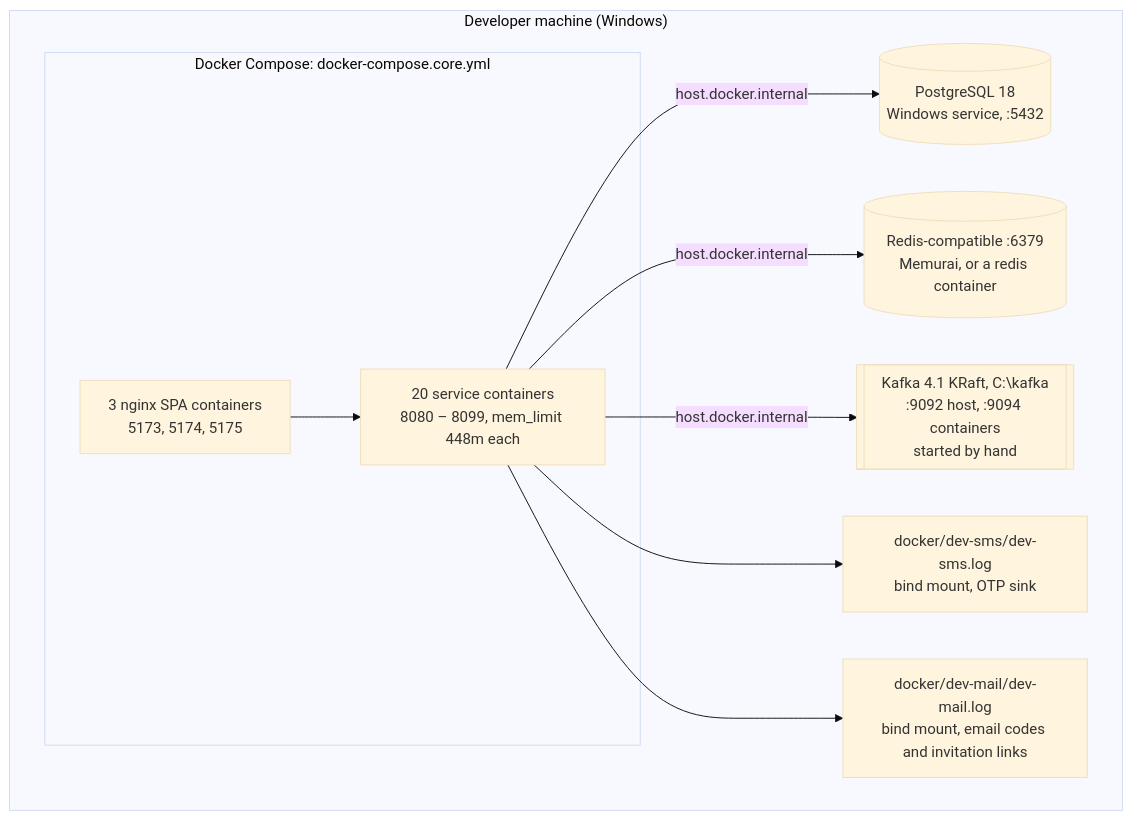
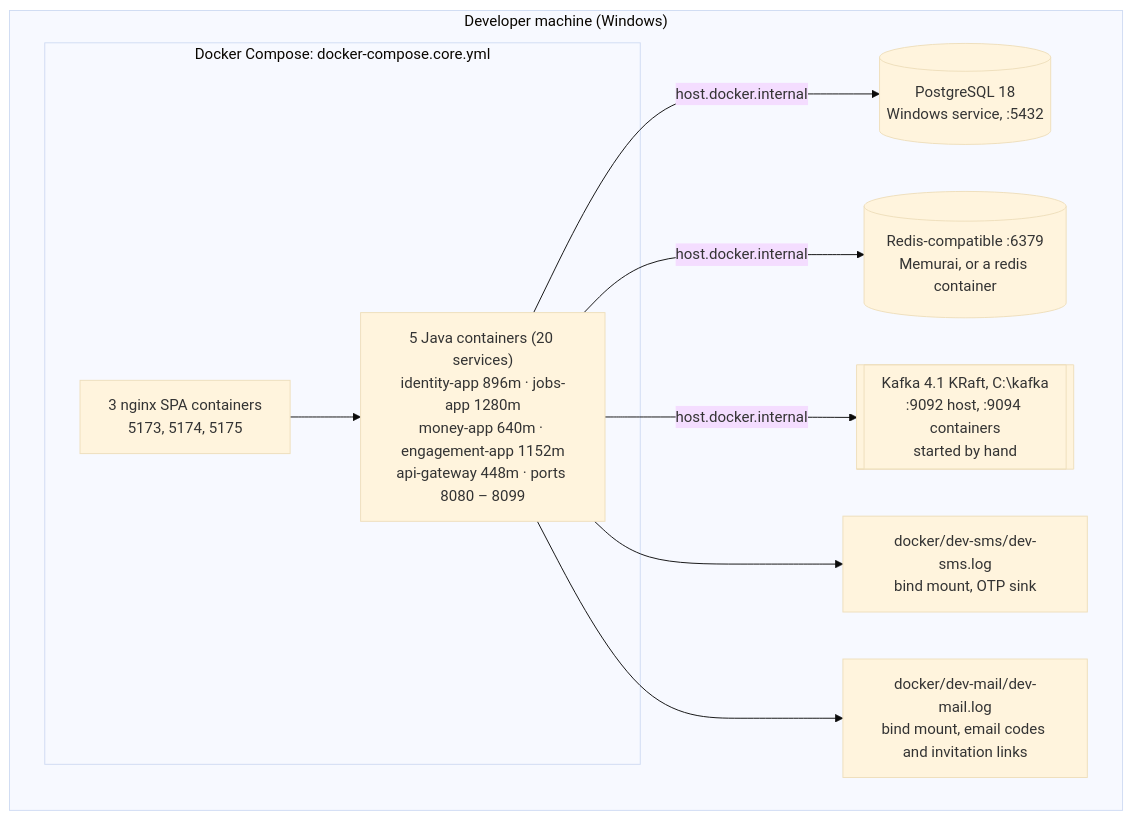
Diagram 27 of 29 in docs/ARCHITECTURE.md (KripaGIT009/home-fix), drawn with Mermaid (base theme) before and after one commit. The commit also changed other lines of this file and 576 other files, not shown here.

````diff
--- a/docs/ARCHITECTURE.md
+++ b/docs/ARCHITECTURE.md
@@ -1480,19 +1479,19 @@
 ```mermaid
 graph TB
     subgraph Host["Developer machine (Windows)"]
         PG[("PostgreSQL 18<br/>Windows service, :5432")]
         RD[("Redis-compatible :6379<br/>Memurai, or a redis container")]
         KF[["Kafka 4.1 KRaft, C:\kafka<br/>:9092 host, :9094 containers<br/>started by hand"]]
         subgraph net["Docker Compose: docker-compose.core.yml"]
-            S["20 service containers<br/>8080 – 8099, mem_limit 448m each"]
+            S["5 Java containers (20 services)<br/>identity-app 896m · jobs-app 1280m<br/>money-app 640m · engagement-app 1152m<br/>api-gateway 448m · ports 8080 – 8099"]
             W["3 nginx SPA containers<br/>5173, 5174, 5175"]
         end
         SMS["docker/dev-sms/dev-sms.log<br/>bind mount, OTP sink"]
         MAIL["docker/dev-mail/dev-mail.log<br/>bind mount, email codes and invitation links"]
     end
 
     W --> S
     S -->|host.docker.internal| PG & RD & KF
     S --> SMS
     S --> MAIL
 ```
````
